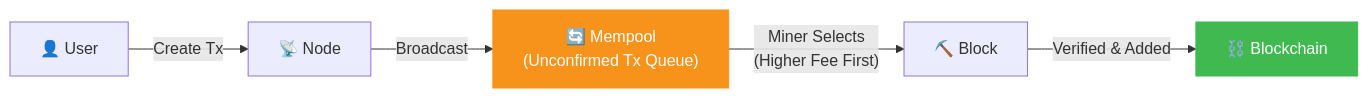
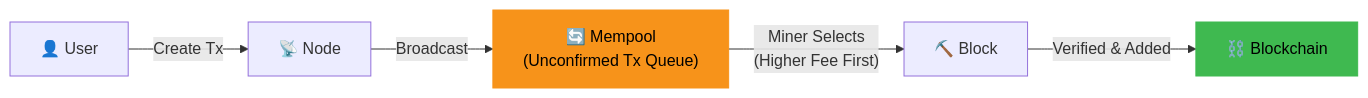
The diagram in content/en/ideas/mempool.md (bc1qwerty/learn.txid.uk), drawn with Mermaid before and after one commit. The commit also changed 50 other files, not shown here.

First line of the commit message:
Mermaid 다이어그램 텍스트 대비 개선: color:#fff → color:#000

```diff
--- a/content/en/ideas/mempool.md
+++ b/content/en/ideas/mempool.md
@@ -12,9 +12,9 @@
 {{< mermaid >}}
 graph LR
     USER["👤 User"] -->|"Create Tx"| NODE["📡 Node"]
     NODE -->|"Broadcast"| MEMPOOL["🔄 Mempool<br/>(Unconfirmed Tx Queue)"]
     MEMPOOL -->|"Miner Selects<br/>(Higher Fee First)"| BLOCK["⛏️ Block"]
     BLOCK -->|"Verified & Added"| CHAIN["⛓️ Blockchain"]
-    style MEMPOOL fill:#f7931a,stroke:#f7931a,color:#fff
-    style CHAIN fill:#3fb950,stroke:#3fb950,color:#fff
+    style MEMPOOL fill:#f7931a,stroke:#f7931a,color:#000
+    style CHAIN fill:#3fb950,stroke:#3fb950,color:#000
 {{< /mermaid >}}
```
